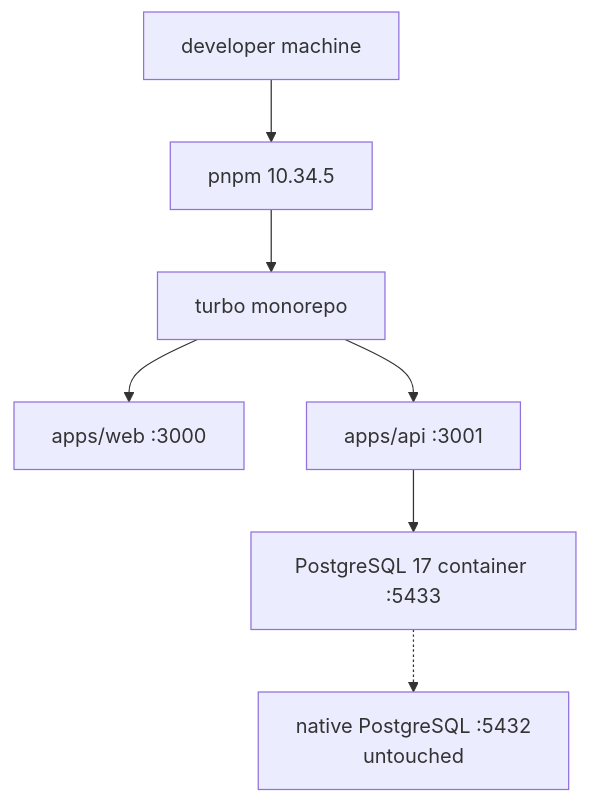
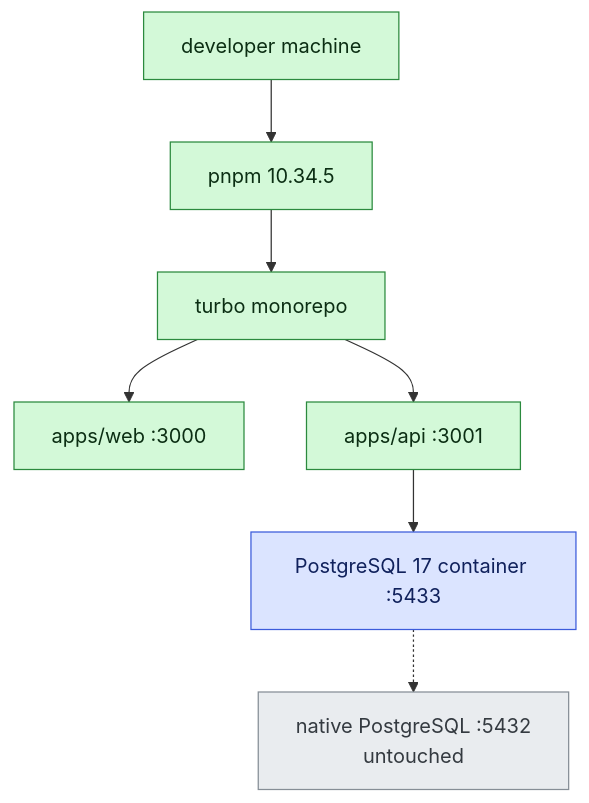
Diagram 14 of 17 in docs/ARCHITECTURE.md (kaiser1x/hubris), drawn with Mermaid before and after one commit. The commit also changed other lines of this file and 1 other file, not shown here.

First line of the commit message:
docs: fix erDiagram reserved word and color-code architecture maps

````diff
--- a/docs/ARCHITECTURE.md
+++ b/docs/ARCHITECTURE.md
@@ -423,16 +477,23 @@
 ```mermaid
 flowchart TD
     Dev["developer machine"]
     Pnpm["pnpm 10.34.5"]
     Turbo["turbo monorepo"]
     Web2["apps/web :3000"]
     Api2["apps/api :3001"]
     Pg["PostgreSQL 17 container :5433"]
     Native["native PostgreSQL :5432<br/>untouched"]
     Dev --> Pnpm
     Pnpm --> Turbo
     Turbo --> Web2
     Turbo --> Api2
     Api2 --> Pg
     Pg -.-> Native
+
+    classDef live fill:#d3f9d8,stroke:#2b8a3e,color:#0b2e13
+    classDef store fill:#dbe4ff,stroke:#3b5bdb,color:#10215c
+    classDef note fill:#e9ecef,stroke:#868e96,color:#343a40
+    class Dev,Pnpm,Turbo,Web2,Api2 live
+    class Pg store
+    class Native note
 ```
````
